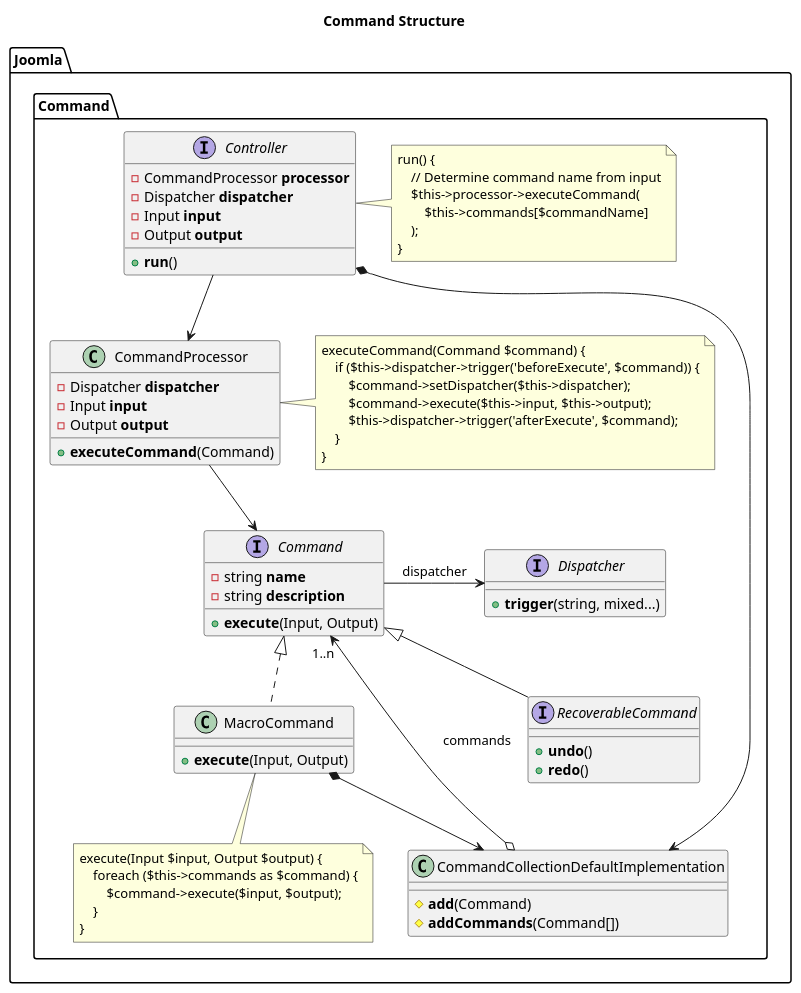
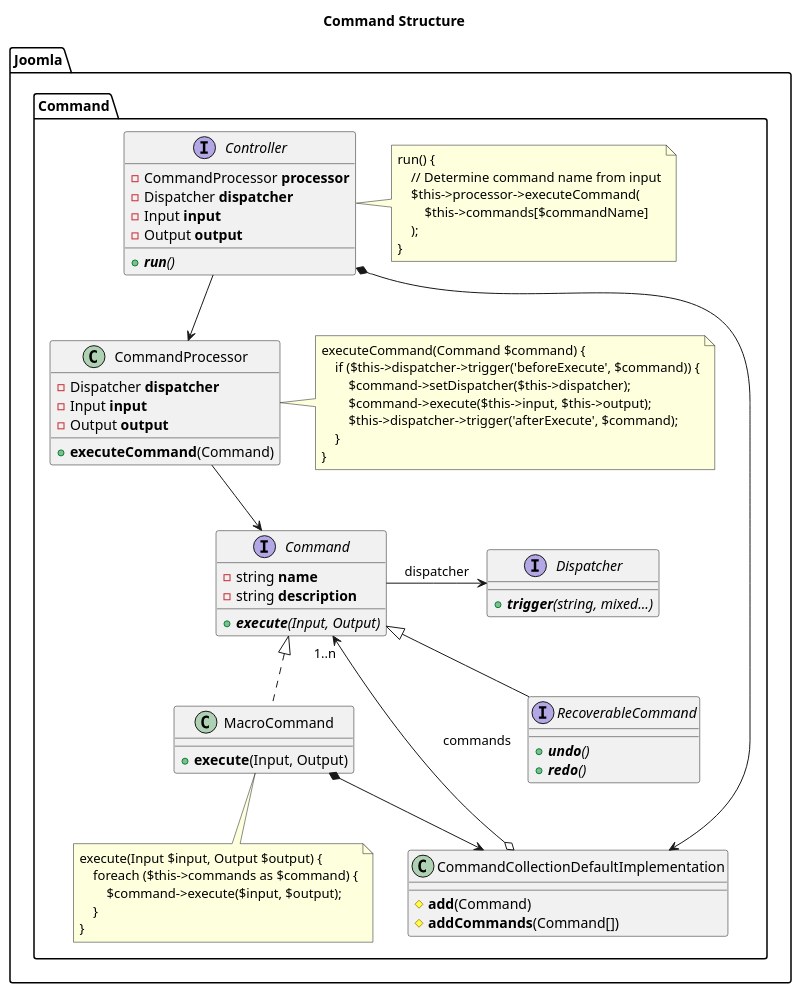
Before and after one commit to nibralab/joomla-architecture: the diagram in src/class-command.puml, drawn with PlantUML. The commit also changed 1 other file, not shown here.

Commit message:
[style] Abstract methods are marked as {abstract}.

```diff
--- a/src/class-command.puml
+++ b/src/class-command.puml
@@ -1,79 +1,79 @@
 @startuml
 title Command Structure
 namespace Joomla.Command {
     interface Controller {
         -CommandProcessor <b>processor</b>
         -Dispatcher <b>dispatcher</b>
         -Input <b>input</b>
         -Output <b>output</b>
-        +<b>run</b>()
+        +{abstract} <b>run</b>()
     }
     note as ControllerNote
         run() {
             // Determine command name from input
             $this->processor->executeCommand(
                 $this->commands[$commandName]
             );
         }
     end note
 
     Controller .right. ControllerNote
 
     interface Command {
         -string <b>name</b>
         -string <b>description</b>
-        +<b>execute</b>(Input, Output)
+        +{abstract} <b>execute</b>(Input, Output)
     }
 
     interface RecoverableCommand extends Command {
-        +<b>undo</b>()
-        +<b>redo</b>()
+        +{abstract} <b>undo</b>()
+        +{abstract} <b>redo</b>()
     }
 
     interface Dispatcher {
-        +<b>trigger</b>(string, mixed...)
+        +{abstract} <b>trigger</b>(string, mixed...)
     }
     Command -right-> Dispatcher: dispatcher
 
     class MacroCommand {
         +<b>execute</b>(Input, Output)
     }
 
     class MacroCommand implements Command
     note as MacroCommandNote
     execute(Input $input, Output $output) {
         foreach ($this->commands as $command) {
             $command->execute($input, $output);
         }
     }
     end note
     MacroCommand .. MacroCommandNote
 
     Controller --> CommandProcessor
     class CommandProcessor {
         -Dispatcher <b>dispatcher</b>
         -Input <b>input</b>
         -Output <b>output</b>
         +<b>executeCommand</b>(Command)
     }
     CommandProcessor --> Command
     note as CommandProcessorNote
         executeCommand(Command $command) {
             if ($this->dispatcher->trigger('beforeExecute', $command)) {
                 $command->setDispatcher($this->dispatcher);
                 $command->execute($this->input, $this->output);
                 $this->dispatcher->trigger('afterExecute', $command);
             }
         }
     end note
     CommandProcessor .right. CommandProcessorNote
 
     class CommandCollectionDefaultImplementation {
         #<b>add</b>(Command)
         #<b>addCommands</b>(Command[])
     }
     CommandCollectionDefaultImplementation o-r-> "1..n" Command: commands
     MacroCommand *--> CommandCollectionDefaultImplementation
     Controller *--> CommandCollectionDefaultImplementation
 }
 @enduml
```
